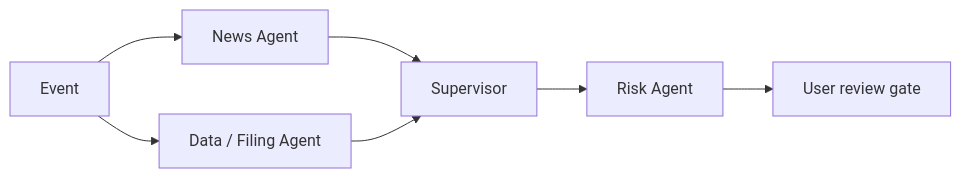
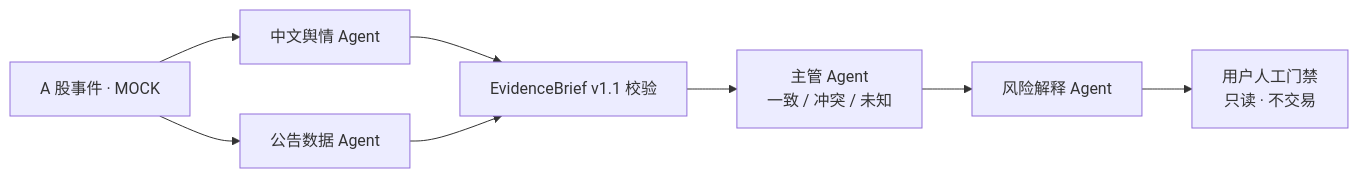
Before and after one commit to mungbean138516-jpg/orglab-sentinel: the first of 2 diagrams in README.md, drawn with Mermaid. The commit also changed other lines of this file and 37 other files, not shown here.

````diff
--- a/README.md
+++ b/README.md
@@ -35,9 +52,10 @@
 ```mermaid
 flowchart LR
-    E["Event"] --> N["News Agent"]
-    E --> D["Data / Filing Agent"]
-    N --> S["Supervisor"]
-    D --> S
-    S --> R["Risk Agent"]
-    R --> H["User review gate"]
+    E["A 股事件 · MOCK"] --> N["中文舆情 Agent"]
+    E --> D["公告数据 Agent"]
+    N --> V["EvidenceBrief v1.1 校验"]
+    D --> V
+    V --> S["主管 Agent<br/>一致 / 冲突 / 未知"]
+    S --> R["风险解释 Agent"]
+    R --> H["用户人工门禁<br/>只读 · 不交易"]
 ```
````
